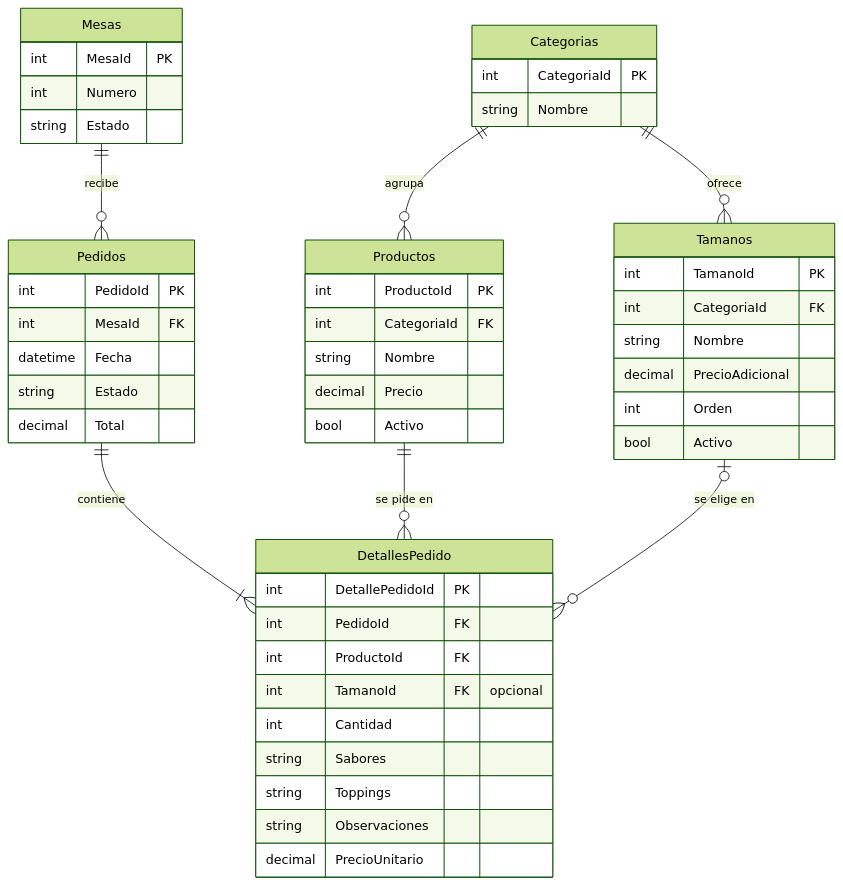
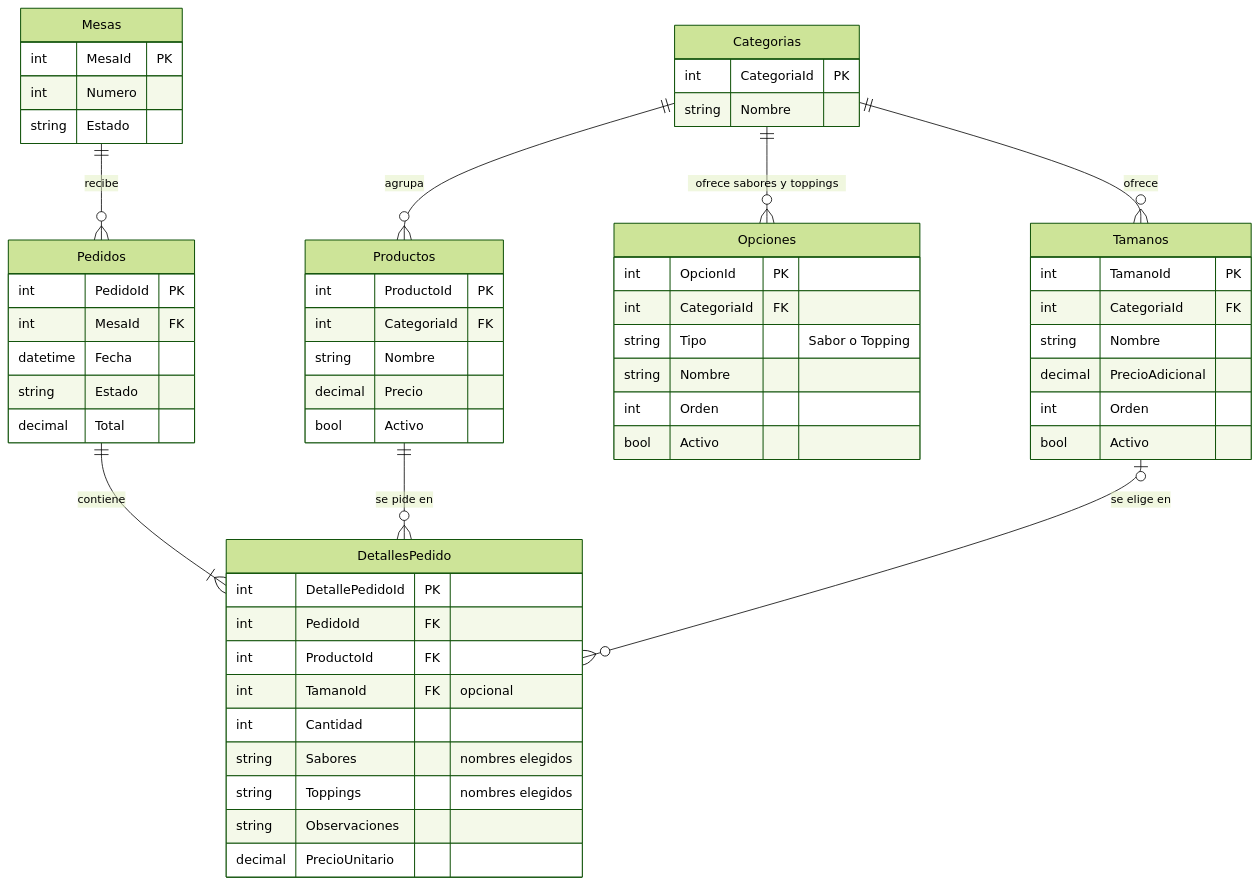
Before and after one commit to avelezfi/HeladeriaAPI: the diagram in README.md, drawn with Mermaid (forest theme). The commit also changed other lines of this file and 26 other files, not shown here.

First line of the commit message:
Sabores y toppings en la base de datos

````diff
--- a/README.md
+++ b/README.md
@@ -51,52 +51,61 @@
 ```mermaid
 erDiagram
     Categorias ||--o{ Productos : agrupa
     Categorias ||--o{ Tamanos : "ofrece"
+    Categorias ||--o{ Opciones : "ofrece sabores y toppings"
     Mesas ||--o{ Pedidos : recibe
     Pedidos ||--|{ DetallesPedido : contiene
     Productos ||--o{ DetallesPedido : "se pide en"
     Tamanos |o--o{ DetallesPedido : "se elige en"
 
     Categorias {
         int CategoriaId PK
         string Nombre
     }
     Productos {
         int ProductoId PK
         int CategoriaId FK
         string Nombre
         decimal Precio
         bool Activo
     }
     Tamanos {
         int TamanoId PK
         int CategoriaId FK
         string Nombre
         decimal PrecioAdicional
         int Orden
         bool Activo
     }
+    Opciones {
+        int OpcionId PK
+        int CategoriaId FK
+        string Tipo "Sabor o Topping"
+        string Nombre
+        int Orden
+        bool Activo
+    }
     Mesas {
         int MesaId PK
         int Numero
         string Estado
     }
     Pedidos {
         int PedidoId PK
         int MesaId FK
         datetime Fecha
         string Estado
         decimal Total
     }
     DetallesPedido {
         int DetallePedidoId PK
         int PedidoId FK
         int ProductoId FK
         int TamanoId FK "opcional"
         int Cantidad
-        string Sabores
-        string Toppings
+        string Sabores "nombres elegidos"
+        string Toppings "nombres elegidos"
         string Observaciones
         decimal PrecioUnitario
     }
 ```
````
